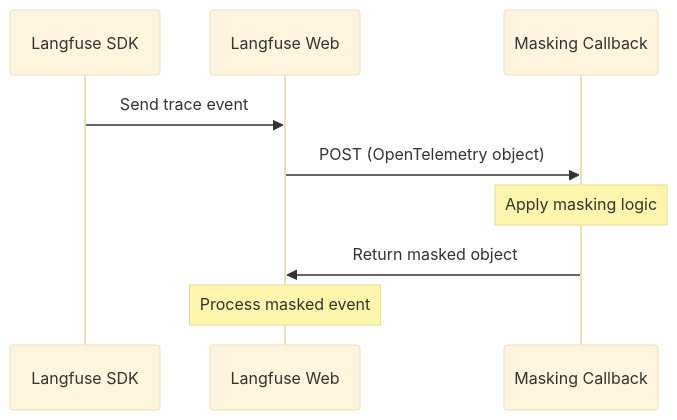
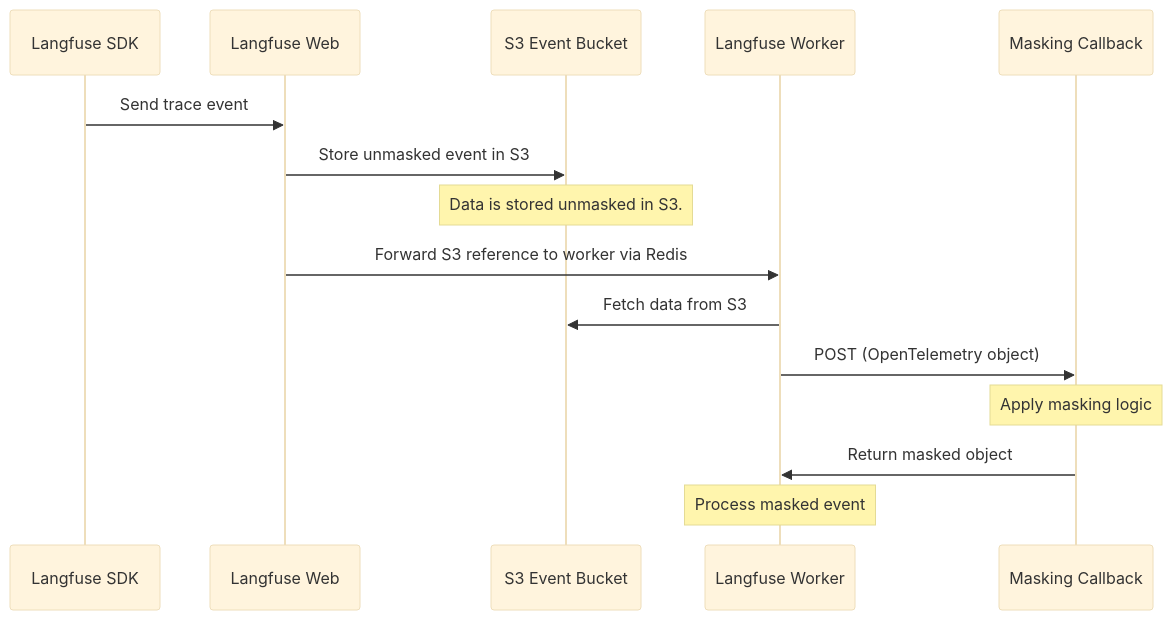
The second of 2 diagrams in pages/self-hosting/security/data-masking.mdx (langfuse/langfuse-docs), drawn with Mermaid (base theme) before and after one commit. The commit also changed other lines of this file, not shown here.

Commit message:
chore: update data masking design doc

````diff
--- a/pages/self-hosting/security/data-masking.mdx
+++ b/pages/self-hosting/security/data-masking.mdx
@@ -67,12 +68,18 @@
 ```mermaid
 sequenceDiagram
     participant SDK as Langfuse SDK
     participant Web as Langfuse Web
+    participant S3 as S3 Event Bucket
+    participant Worker as Langfuse Worker
     participant Callback as Masking Callback
 
     SDK->>Web: Send trace event
-    Web->>Callback: POST (OpenTelemetry object)
+    Web->>S3: Store unmasked event in S3
+    Note over S3: Data is stored unmasked in S3.
+    Web->>Worker: Forward S3 reference to worker via Redis
+    Worker->>S3: Fetch data from S3
+    Worker->>Callback: POST (OpenTelemetry object)
     Note over Callback: Apply masking logic
-    Callback->>Web: Return masked object
-    Note over Web: Process masked event
+    Callback->>Worker: Return masked object
+    Note over Worker: Process masked event
 ```
````
